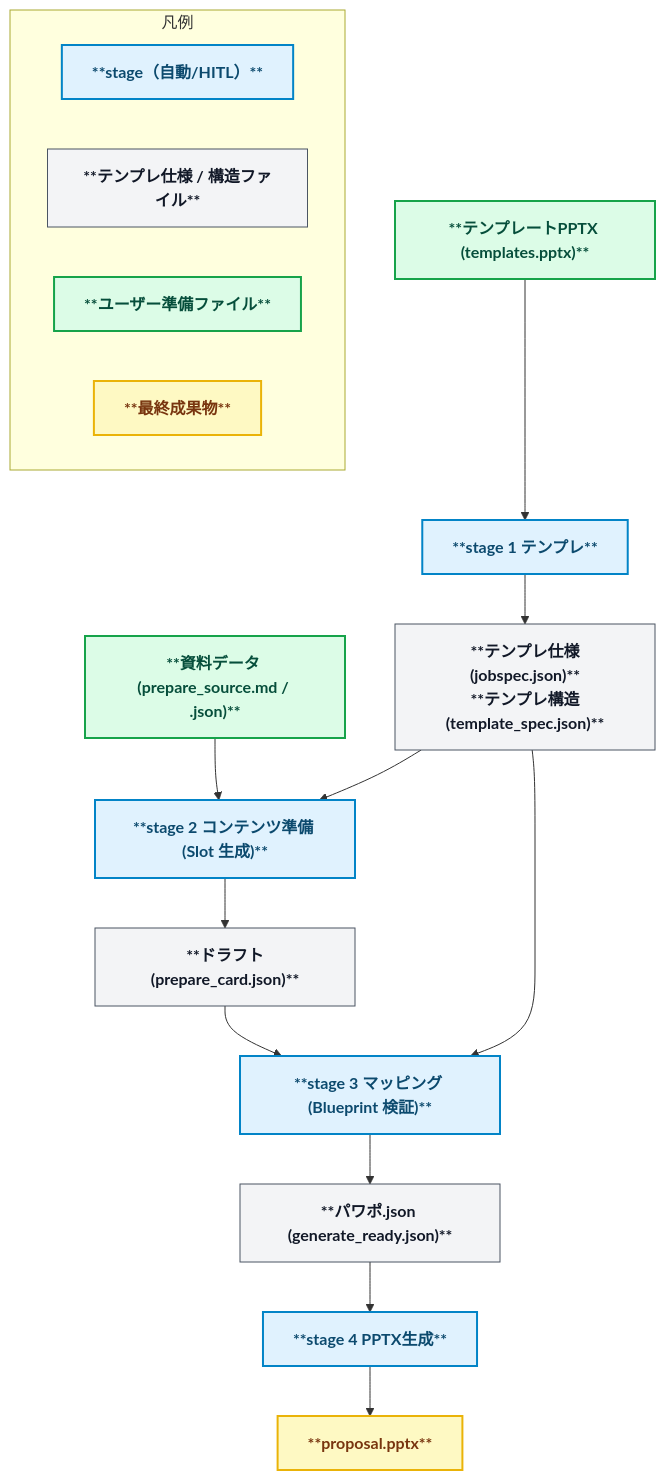
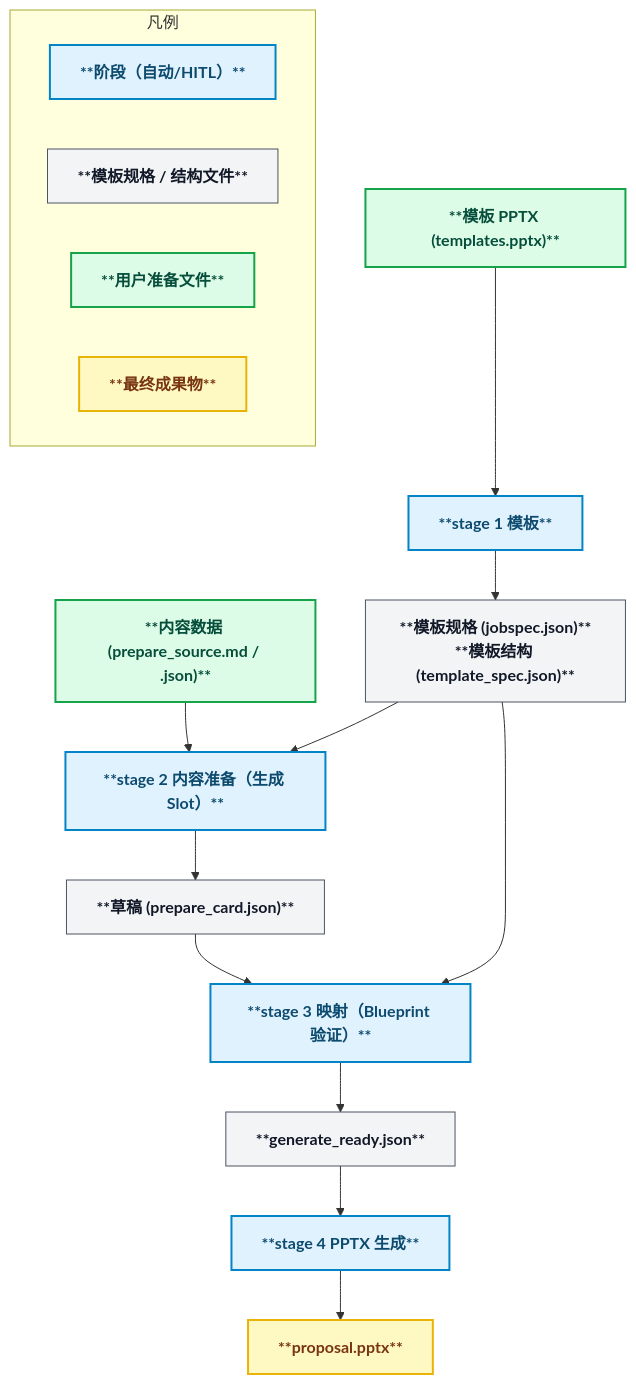
One commit to yurake/pptx_generator changed the second of 2 diagrams in README.zh.md. Above: the diagram before and after it, drawn with Mermaid. The commit also changed other lines of this file and 16 other files, not shown here.

````diff
--- a/README.zh.md
+++ b/README.zh.md
@@ -109,36 +120,36 @@
 ```mermaid
 flowchart TD
   %% ======= Styles =======
   classDef stage fill:#e0f2fe,stroke:#0284c7,stroke-width:2px,color:#0c4a6e,font-weight:bold;
   classDef file fill:#f3f4f6,stroke:#4b5563,stroke-width:1px,color:#111827,font-weight:bold;
   classDef userfile fill:#dcfce7,stroke:#16a34a,stroke-width:2px,color:#064e3b,font-weight:bold;
   classDef final fill:#fef9c3,stroke:#eab308,stroke-width:2px,color:#78350f,font-weight:bold;
 
   %% ======= Stage 1 =======
-  TmplStatic["**テンプレートPPTX (templates.pptx)**"]:::userfile --> S1Static["**stage 1 テンプレ**"]:::stage
-  S1Static --> SpecStatic["**テンプレ仕様(jobspec.json)**<br/>**テンプレ構造(template_spec.json)**"]:::file
+  TmplStatic["**模板 PPTX (templates.pptx)**"]:::userfile --> S1Static["**stage 1 模板**"]:::stage
+  S1Static --> SpecStatic["**模板规格 (jobspec.json)**<br/>**模板结构 (template_spec.json)**"]:::file
 
   %% ======= Stage 2 =======
-  PrepareStatic["**資料データ (prepare_source.md / .json)**"]:::userfile --> S2Static["**stage 2 コンテンツ準備 (Slot 生成)**"]:::stage
+  PrepareStatic["**内容数据 (prepare_source.md / .json)**"]:::userfile --> S2Static["**stage 2 内容准备（生成 Slot）**"]:::stage
   SpecStatic --> S2Static
-  S2Static --> PrepareCardsStatic["**ドラフト(prepare_card.json)**"]:::file
+  S2Static --> PrepareCardsStatic["**草稿 (prepare_card.json)**"]:::file
   PrepareCardsStatic --> S3Static
 
   %% ======= Stage 3 =======
-  S3Static["**stage 3 マッピング (Blueprint 検証)**"]:::stage
+  S3Static["**stage 3 映射（Blueprint 验证）**"]:::stage
   SpecStatic --> S3Static
-  S3Static --> ReadyStatic["**パワポ.json (generate_ready.json)**"]:::file
+  S3Static --> ReadyStatic["**generate_ready.json**"]:::file
 
   %% ======= Stage 4 =======
-  ReadyStatic --> S4Static["**stage 4 PPTX生成**"]:::stage
+  ReadyStatic --> S4Static["**stage 4 PPTX 生成**"]:::stage
   S4Static --> PPTXStatic["**proposal.pptx**"]:::final
 
   %% ======= Legend =======
   subgraph LegendStatic[凡例]
     direction LR
-    B1["**stage（自動/HITL）**"]:::stage
-    B2["**テンプレ仕様 / 構造ファイル**"]:::file
-    B3["**ユーザー準備ファイル**"]:::userfile
-    B4["**最終成果物**"]:::final
+    B1["**阶段（自动/HITL）**"]:::stage
+    B2["**模板规格 / 结构文件**"]:::file
+    B3["**用户准备文件**"]:::userfile
+    B4["**最终成果物**"]:::final
   end
 ```
````
